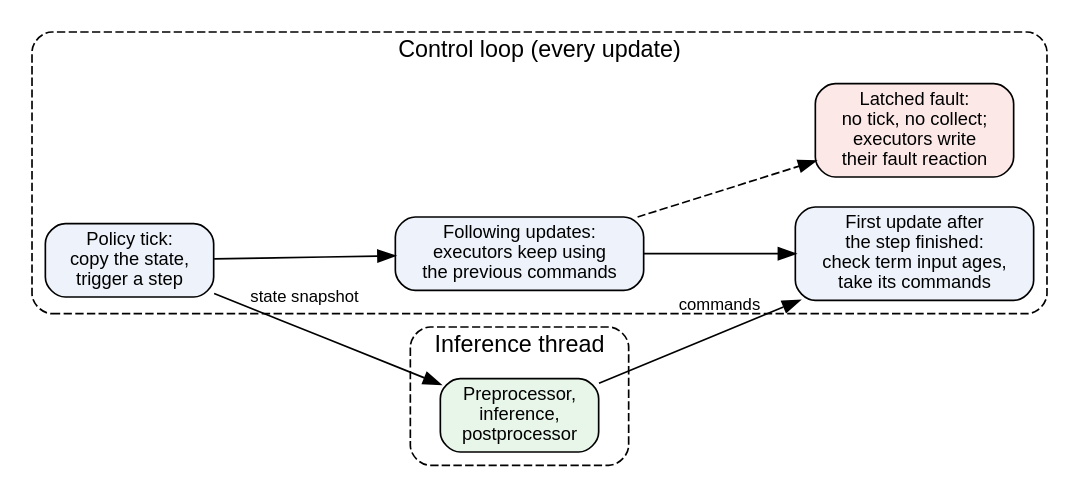
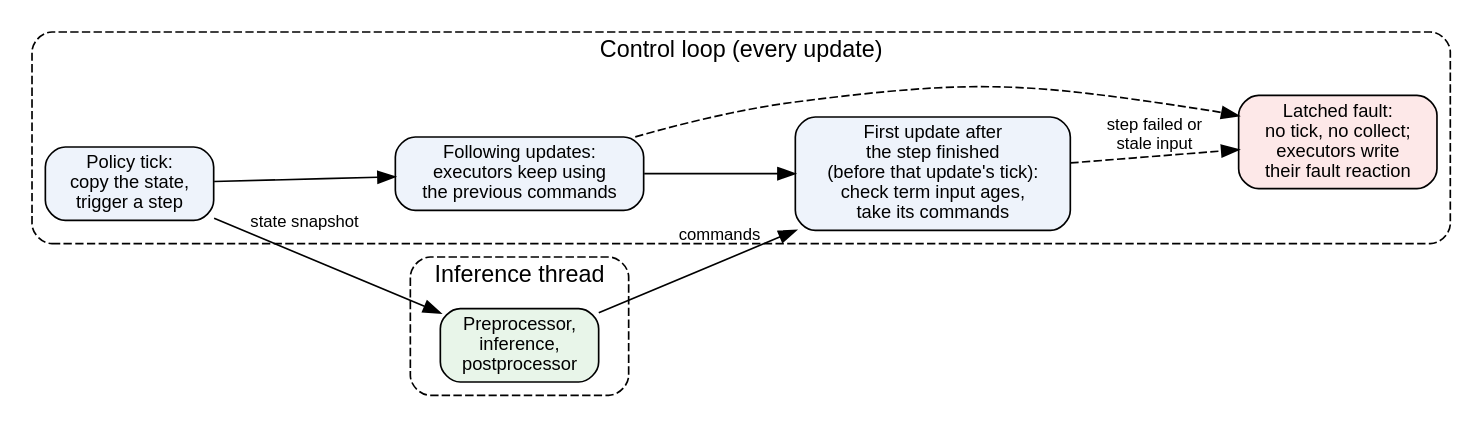
One commit to saikishor/ros2_policy_framework changed the third of 3 diagrams in docs/hosts.rst. Above: the diagram before and after it, drawn with Graphviz. The commit also changed other lines of this file, not shown here.

Commit message:
Add the hold, read failure and waiting paths to the host diagrams and correct the fault reactions

```diff
--- a/docs/hosts.rst
+++ b/docs/hosts.rst
@@ -150,22 +167,23 @@
 .. graphviz::
 
    digraph async_inference {
      rankdir=LR;
      node [shape=box, style="rounded,filled", fillcolor="#eef3fb", fontname="Helvetica", fontsize=11];
      edge [fontname="Helvetica", fontsize=10];
      subgraph cluster_rt {
        label="Control loop (every update)"; style="rounded,dashed"; fontname="Helvetica";
        tick [label="Policy tick:\ncopy the state,\ntrigger a step"];
        between [label="Following updates:\nexecutors keep using\nthe previous commands"];
-       collect [label="First update after\nthe step finished:\ncheck term input ages,\ntake its commands"];
+       collect [label="First update after\nthe step finished\n(before that update's tick):\ncheck term input ages,\ntake its commands"];
        fault [label="Latched fault:\nno tick, no collect;\nexecutors write\ntheir fault reaction", fillcolor="#fde8e8"];
        tick -> between -> collect;
        between -> fault [style=dashed];
+       collect -> fault [label="step failed or\nstale input", style=dashed];
      }
      subgraph cluster_thread {
        label="Inference thread"; style="rounded,dashed"; fontname="Helvetica";
        step [label="Preprocessor,\ninference,\npostprocessor", fillcolor="#e8f5e9"];
      }
      tick -> step [label="state snapshot"];
      step -> collect [label="commands"];
    }
```
